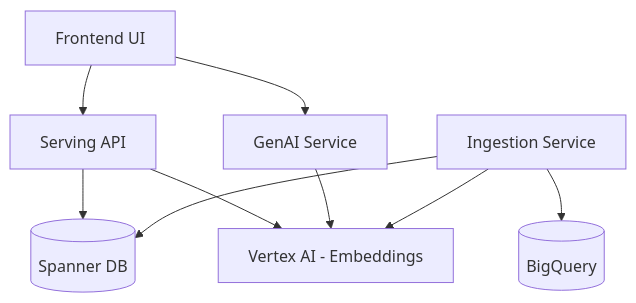
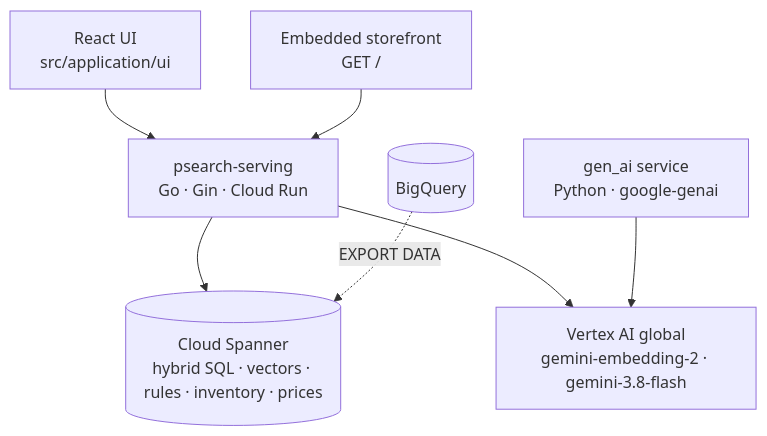
The diagram in README.md (duboc/scion-experiment), drawn with Mermaid before and after one commit. The commit also changed other lines of this file and 5 other files, not shown here.

````diff
--- a/README.md
+++ b/README.md
@@ -30,14 +43,9 @@
 ```mermaid
 graph TD
-    Client[Frontend UI] --> SearchAPI[Serving API]
-    Client --> GenAI[GenAI Service]
-    
-    SearchAPI --> Spanner[(Spanner DB)]
-    SearchAPI --> VertexAI[Vertex AI - Embeddings]
-    
-    GenAI --> VertexAI
-    
-    Ingestion[Ingestion Service] --> Spanner
-    Ingestion --> VertexAI
-    Ingestion --> BigQuery[(BigQuery)]
+    UI[React UI<br/>src/application/ui] --> API
+    SF[Embedded storefront<br/>GET /] --> API
+    API[psearch-serving<br/>Go · Gin · Cloud Run] --> SP[(Cloud Spanner<br/>hybrid SQL · vectors · rules · inventory · prices)]
+    API --> VX[Vertex AI global<br/>gemini-embedding-2 · gemini-3.8-flash]
+    GENAI[gen_ai service<br/>Python · google-genai] --> VX
+    BQ[(BigQuery)] -. EXPORT DATA .-> SP
 ```
````
